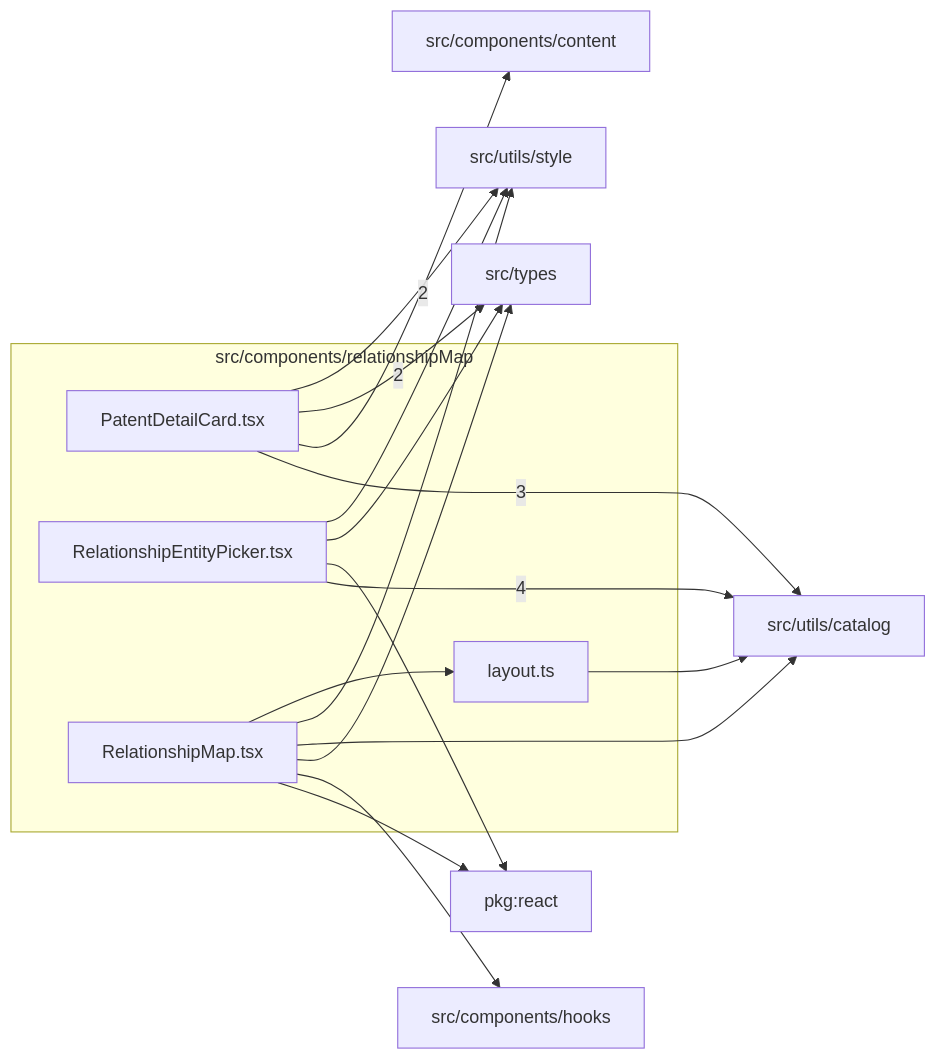
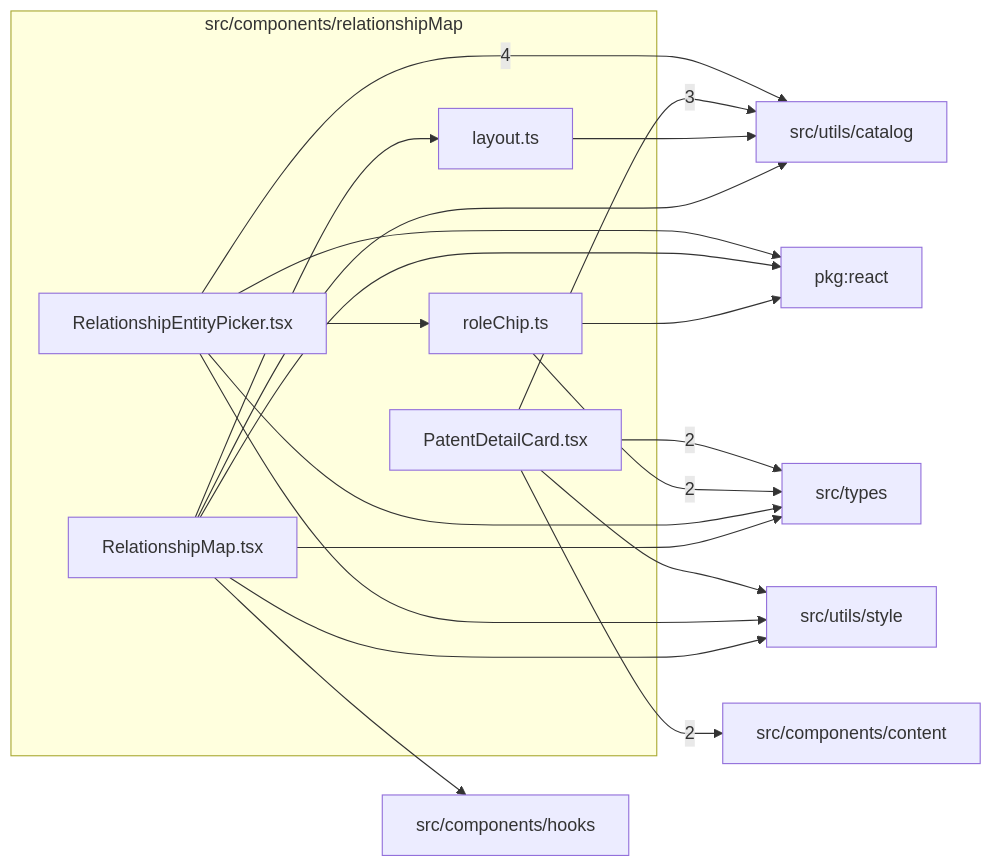
The diagram in src/components/relationshipMap/readme.md (ronbuening/LensVisualizer), drawn with Mermaid before and after one commit. The commit also changed other lines of this file and 6 other files, not shown here.

Commit message:
Share relationship role chip styles

````diff
--- a/src/components/relationshipMap/readme.md
+++ b/src/components/relationshipMap/readme.md
@@ -9,30 +9,34 @@
 ```mermaid
 flowchart LR
   subgraph n_src_components_relationshipMap["src/components/relationshipMap"]
     n_src_components_relationshipMap_src_components_relationshipMap_layout_ts["layout.ts"]
     n_src_components_relationshipMap_src_components_relationshipMap_PatentDetailCard_tsx["PatentDetailCard.tsx"]
     n_src_components_relationshipMap_src_components_relationshipMap_RelationshipEntityPicker_tsx["RelationshipEntityPicker.tsx"]
     n_src_components_relationshipMap_src_components_relationshipMap_RelationshipMap_tsx["RelationshipMap.tsx"]
+    n_src_components_relationshipMap_src_components_relationshipMap_roleChip_ts["roleChip.ts"]
   end
   n_external_src_utils_catalog["src/utils/catalog"]
   n_external_src_components_content["src/components/content"]
   n_external_src_types["src/types"]
   n_external_pkg_react["pkg:react"]
   n_external_src_components_hooks["src/components/hooks"]
   n_external_src_utils_style["src/utils/style"]
   n_src_components_relationshipMap_src_components_relationshipMap_RelationshipEntityPicker_tsx --> |4| n_external_src_utils_catalog
   n_src_components_relationshipMap_src_components_relationshipMap_PatentDetailCard_tsx --> |3| n_external_src_utils_catalog
   n_src_components_relationshipMap_src_components_relationshipMap_PatentDetailCard_tsx --> |2| n_external_src_components_content
   n_src_components_relationshipMap_src_components_relationshipMap_PatentDetailCard_tsx --> |2| n_external_src_types
+  n_src_components_relationshipMap_src_components_relationshipMap_roleChip_ts --> |2| n_external_src_types
   n_src_components_relationshipMap_src_components_relationshipMap_RelationshipEntityPicker_tsx --> n_external_pkg_react
   n_src_components_relationshipMap_src_components_relationshipMap_RelationshipMap_tsx --> n_external_pkg_react
+  n_src_components_relationshipMap_src_components_relationshipMap_roleChip_ts --> n_external_pkg_react
   n_src_components_relationshipMap_src_components_relationshipMap_RelationshipMap_tsx --> n_external_src_components_hooks
   n_src_components_relationshipMap_src_components_relationshipMap_RelationshipEntityPicker_tsx --> n_external_src_types
   n_src_components_relationshipMap_src_components_relationshipMap_RelationshipMap_tsx --> n_external_src_types
   n_src_components_relationshipMap_src_components_relationshipMap_layout_ts --> n_external_src_utils_catalog
   n_src_components_relationshipMap_src_components_relationshipMap_RelationshipMap_tsx --> n_external_src_utils_catalog
   n_src_components_relationshipMap_src_components_relationshipMap_PatentDetailCard_tsx --> n_external_src_utils_style
   n_src_components_relationshipMap_src_components_relationshipMap_RelationshipEntityPicker_tsx --> n_external_src_utils_style
   n_src_components_relationshipMap_src_components_relationshipMap_RelationshipMap_tsx --> n_external_src_utils_style
   n_src_components_relationshipMap_src_components_relationshipMap_RelationshipMap_tsx --> n_src_components_relationshipMap_src_components_relationshipMap_layout_ts
+  n_src_components_relationshipMap_src_components_relationshipMap_RelationshipEntityPicker_tsx --> n_src_components_relationshipMap_src_components_relationshipMap_roleChip_ts
 ```
````
